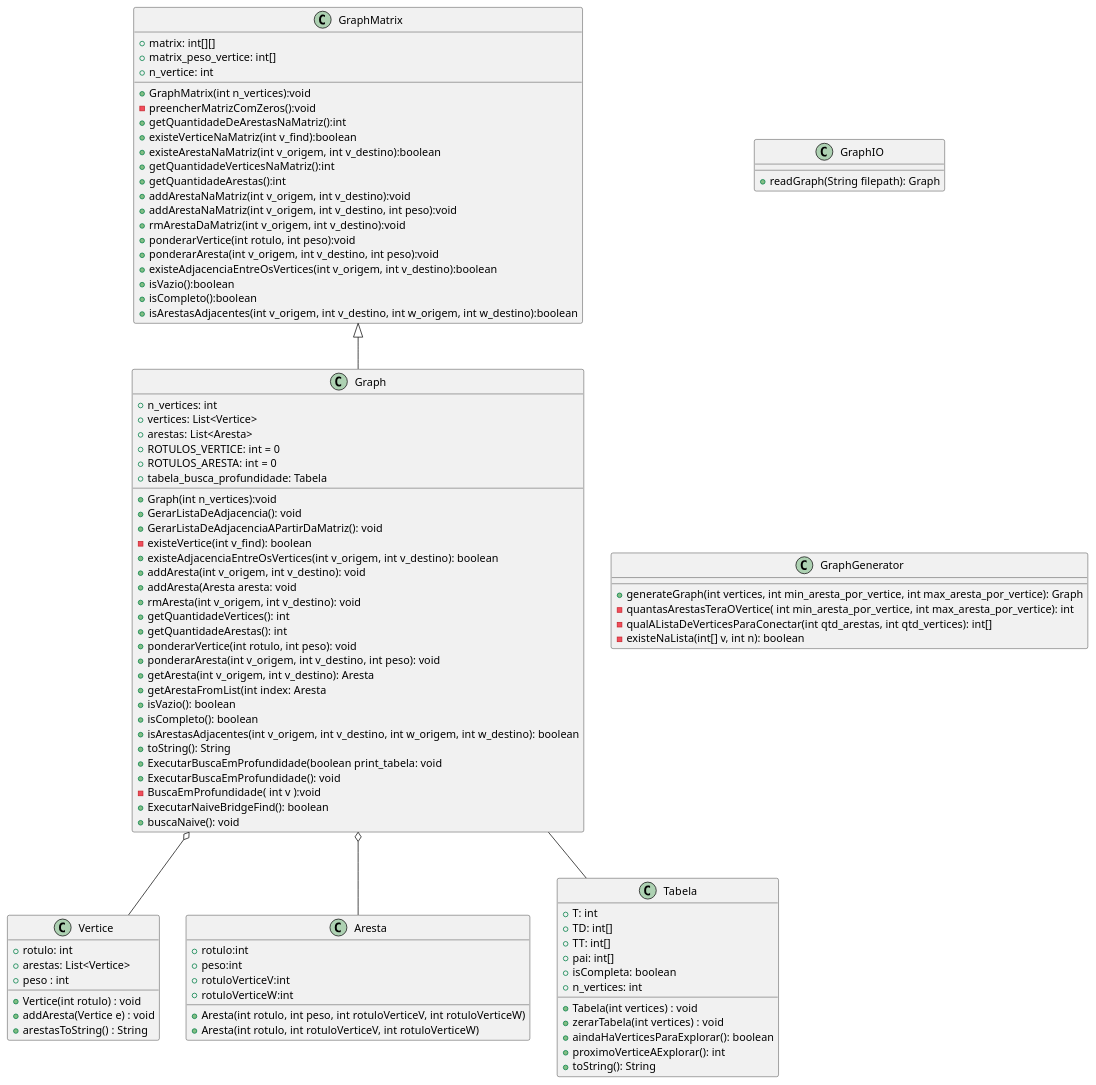
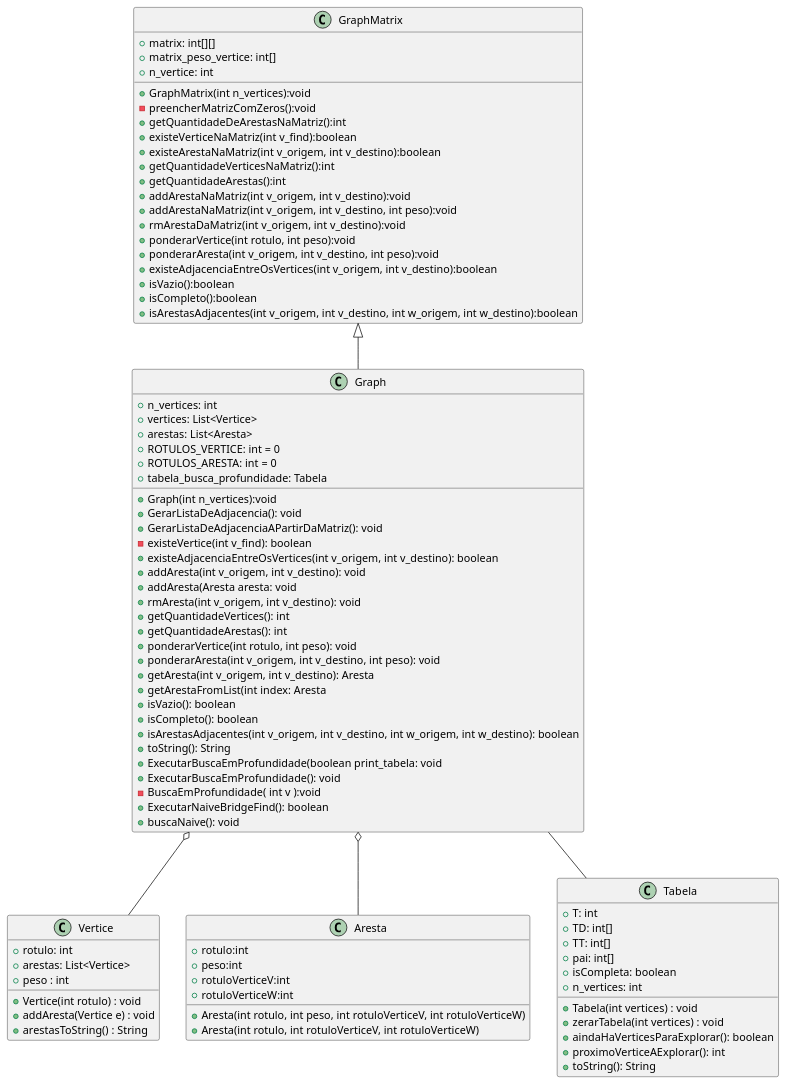
Before and after one commit to G4BR-13-L/grafos-trabalho-pratico: the diagram in Projeto/DiagramaDeClasse.plantuml, drawn with PlantUML. The commit also changed 38 other files, not shown here.

```diff
--- a/Projeto/DiagramaDeClasse.plantuml
+++ b/Projeto/DiagramaDeClasse.plantuml
@@ -1,105 +1,105 @@
-@startuml Diagrama de Classe
+@startuml DiagramaDeClasse
 
 
 class GraphMatrix{
     + matrix: int[][]
     + matrix_peso_vertice: int[]
     + n_vertice: int
     + GraphMatrix(int n_vertices):void
     - preencherMatrizComZeros():void
     + getQuantidadeDeArestasNaMatriz():int
     + existeVerticeNaMatriz(int v_find):boolean
     + existeArestaNaMatriz(int v_origem, int v_destino):boolean
     + getQuantidadeVerticesNaMatriz():int
     + getQuantidadeArestas():int
     + addArestaNaMatriz(int v_origem, int v_destino):void
     + addArestaNaMatriz(int v_origem, int v_destino, int peso):void
     + rmArestaDaMatriz(int v_origem, int v_destino):void
     + ponderarVertice(int rotulo, int peso):void
     + ponderarAresta(int v_origem, int v_destino, int peso):void
     + existeAdjacenciaEntreOsVertices(int v_origem, int v_destino):boolean
     + isVazio():boolean
     + isCompleto():boolean
     + isArestasAdjacentes(int v_origem, int v_destino, int w_origem, int w_destino):boolean
 }
 
 class Graph{
     + n_vertices: int
     + vertices: List<Vertice>
     + arestas: List<Aresta>
     + ROTULOS_VERTICE: int = 0
     + ROTULOS_ARESTA: int = 0
     + tabela_busca_profundidade: Tabela
     + Graph(int n_vertices):void
     + GerarListaDeAdjacencia(): void
     + GerarListaDeAdjacenciaAPartirDaMatriz(): void
     - existeVertice(int v_find): boolean
     + existeAdjacenciaEntreOsVertices(int v_origem, int v_destino): boolean
     + addAresta(int v_origem, int v_destino): void
     + addAresta(Aresta aresta: void
     + rmAresta(int v_origem, int v_destino): void
     + getQuantidadeVertices(): int
     + getQuantidadeArestas(): int
     + ponderarVertice(int rotulo, int peso): void
     + ponderarAresta(int v_origem, int v_destino, int peso): void
     + getAresta(int v_origem, int v_destino): Aresta
     + getArestaFromList(int index: Aresta
     + isVazio(): boolean
     + isCompleto(): boolean
     + isArestasAdjacentes(int v_origem, int v_destino, int w_origem, int w_destino): boolean
     + toString(): String
     + ExecutarBuscaEmProfundidade(boolean print_tabela: void
     + ExecutarBuscaEmProfundidade(): void
     - BuscaEmProfundidade( int v ):void
     + ExecutarNaiveBridgeFind(): boolean
     + buscaNaive(): void
 
 }
 class Vertice {
     + rotulo: int
     + arestas: List<Vertice>
     + peso : int
     + Vertice(int rotulo) : void
     + addAresta(Vertice e) : void
     + arestasToString() : String
 }
 
 class Aresta {
     + rotulo:int
     + peso:int
     + rotuloVerticeV:int
     + rotuloVerticeW:int
     + Aresta(int rotulo, int peso, int rotuloVerticeV, int rotuloVerticeW)
     + Aresta(int rotulo, int rotuloVerticeV, int rotuloVerticeW)
 }
 
 class Tabela {
     +  T: int
     +  TD: int[]
     +  TT: int[]
     +  pai: int[]
     +  isCompleta: boolean
     +  n_vertices: int
     + Tabela(int vertices) : void
     +  zerarTabela(int vertices) : void
     +  aindaHaVerticesParaExplorar(): boolean
     +  proximoVerticeAExplorar(): int
     +  toString(): String
 }
-class GraphIO{
-    + readGraph(String filepath): Graph
-}
-class GraphGenerator{
-    +  generateGraph(int vertices, int min_aresta_por_vertice, int max_aresta_por_vertice): Graph
-    - quantasArestasTeraOVertice( int min_aresta_por_vertice, int max_aresta_por_vertice): int
-    - qualAListaDeVerticesParaConectar(int qtd_arestas, int qtd_vertices): int[]
-    - existeNaLista(int[] v, int n): boolean
-}
+' class GraphIO{
+'     + readGraph(String filepath): Graph
+' }
+' class GraphGenerator{
+'     +  generateGraph(int vertices, int min_aresta_por_vertice, int max_aresta_por_vertice): Graph
+'     - quantasArestasTeraOVertice( int min_aresta_por_vertice, int max_aresta_por_vertice): int
+'     - qualAListaDeVerticesParaConectar(int qtd_arestas, int qtd_vertices): int[]
+'     - existeNaLista(int[] v, int n): boolean
+' }
 
 GraphMatrix <|-- Graph
 Graph o-- Aresta
 Graph o-- Vertice
 Graph -- Tabela
-GraphIO -[hidden]- GraphGenerator
+' GraphIO -[hidden]- GraphGenerator
 
 @enduml
```
